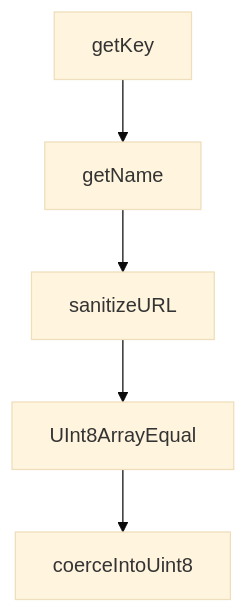
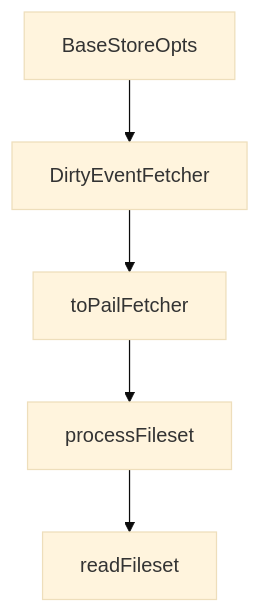
The diagram in tutorials/fireproof-tutorial/07-runtime-coverage-browser-node-deno-and-edge.md (johnxie/awesome-code-docs), drawn with Mermaid (base theme) before and after one commit. The commit also changed other lines of this file and 1232 other files, not shown here.

````diff
--- a/tutorials/fireproof-tutorial/07-runtime-coverage-browser-node-deno-and-edge.md
+++ b/tutorials/fireproof-tutorial/07-runtime-coverage-browser-node-deno-and-edge.md
@@ -213,12 +211,12 @@
 ```mermaid
 flowchart TD
-    A[getKey]
-    B[getName]
-    C[sanitizeURL]
-    D[UInt8ArrayEqual]
-    E[coerceIntoUint8]
+    A[BaseStoreOpts]
+    B[DirtyEventFetcher]
+    C[toPailFetcher]
+    D[processFileset]
+    E[readFileset]
     A --> B
     B --> C
     C --> D
     D --> E
 ```
````
